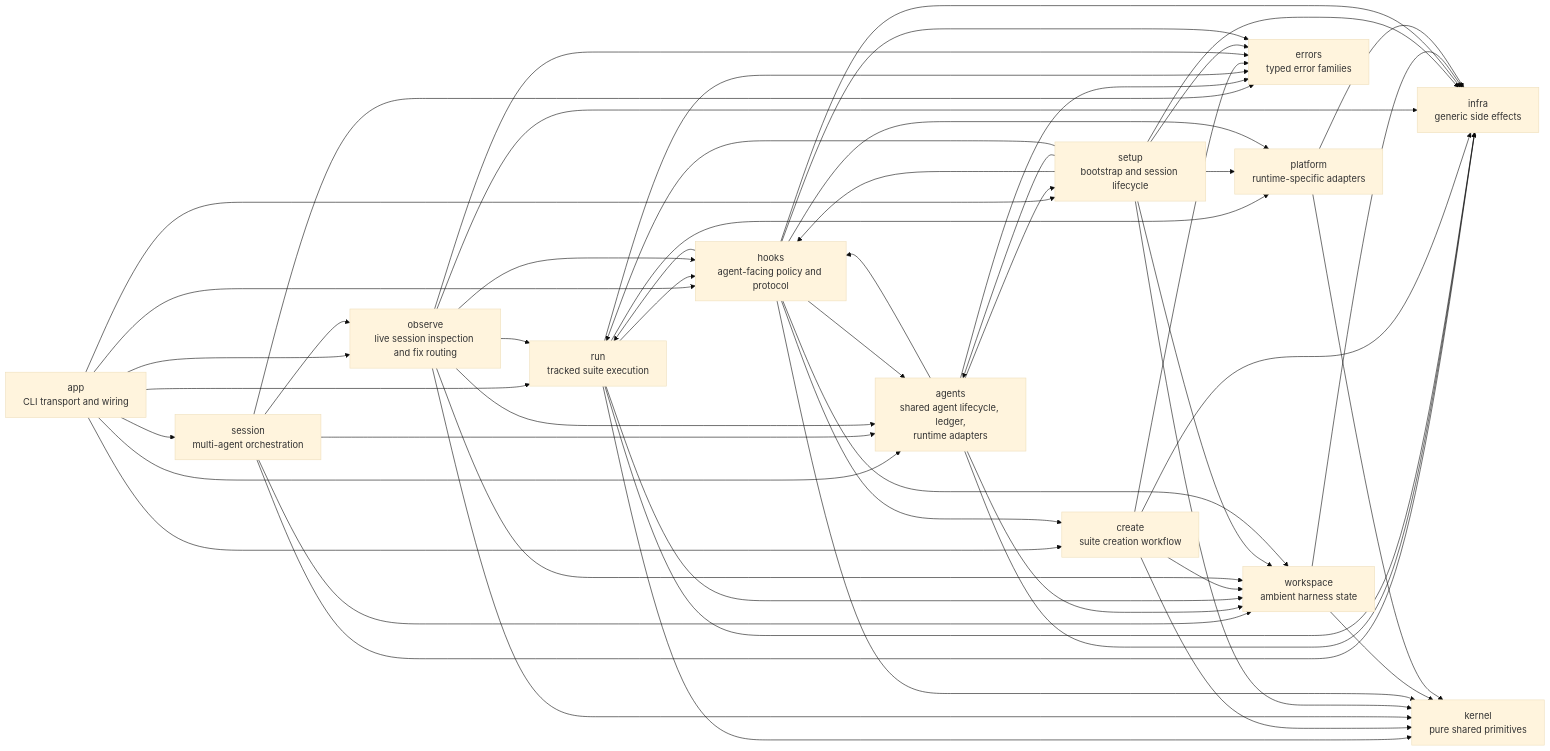
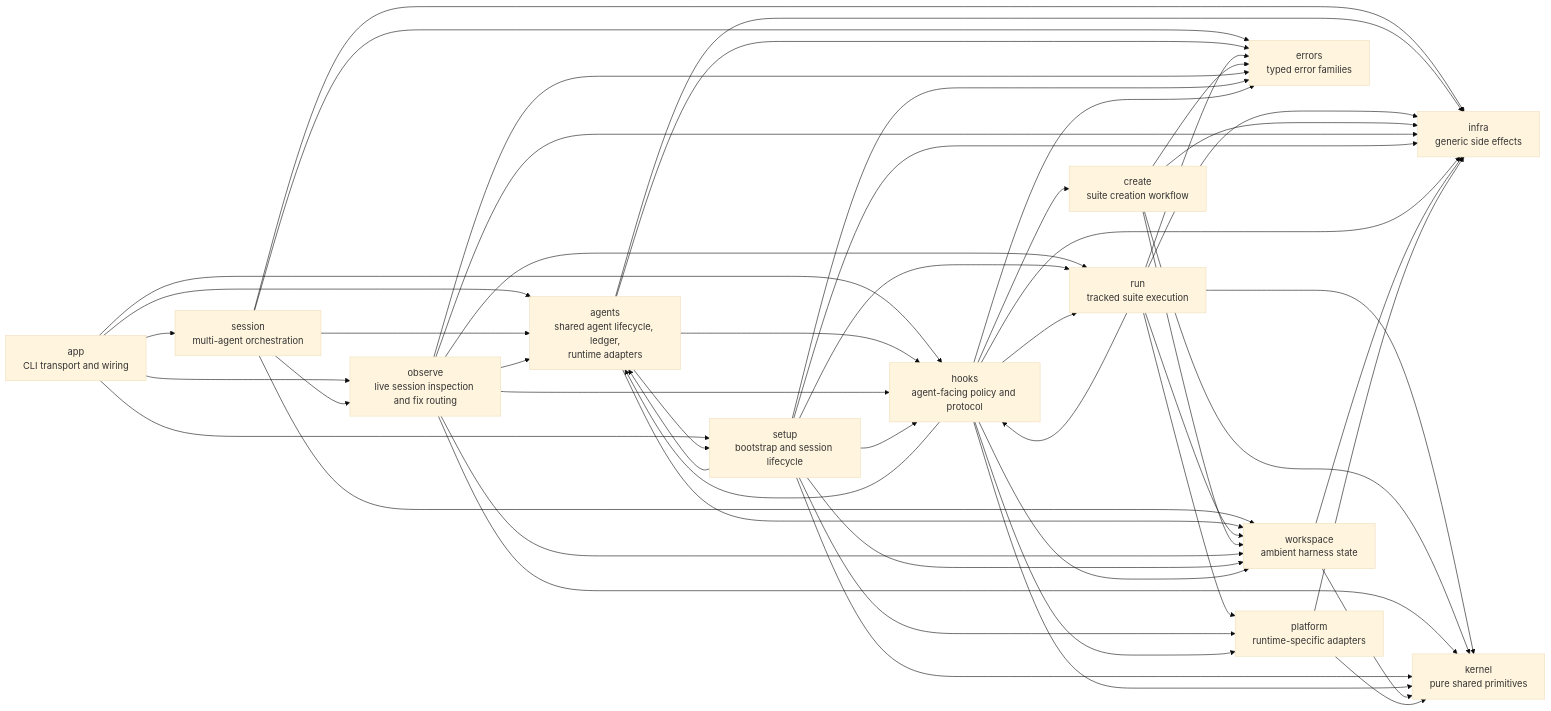
One commit to smykla-skalski/harness changed the first of 3 diagrams in ARCHITECTURE.md. Above: the diagram before and after it, drawn with Mermaid (base theme). The commit also changed other lines of this file and 16 other files, not shown here.

````diff
--- a/ARCHITECTURE.md
+++ b/ARCHITECTURE.md
@@ -9,81 +9,79 @@
 ```mermaid
 flowchart LR
     App["app\nCLI transport and wiring"]
 
     Agents["agents\nshared agent lifecycle, ledger,\nruntime adapters"]
     Session["session\nmulti-agent orchestration"]
     Run["run\ntracked suite execution"]
     Create["create\nsuite creation workflow"]
     Observe["observe\nlive session inspection and fix routing"]
     Setup["setup\nbootstrap and session lifecycle"]
     Hooks["hooks\nagent-facing policy and protocol"]
 
     Kernel["kernel\npure shared primitives"]
     Workspace["workspace\nambient harness state"]
     Platform["platform\nruntime-specific adapters"]
     Infra["infra\ngeneric side effects"]
     Errors["errors\ntyped error families"]
 
-    App --> Run
     App --> Agents
     App --> Session
-    App --> Create
     App --> Observe
     App --> Setup
     App --> Hooks
 
     Session --> Agents
     Session --> Observe
     Session --> Workspace
     Session --> Infra
     Session --> Errors
 
     Agents --> Hooks
     Agents --> Setup
     Agents --> Workspace
     Agents --> Infra
     Agents --> Errors
 
     Run --> Hooks
     Run --> Kernel
     Run --> Workspace
     Run --> Platform
     Run --> Infra
     Run --> Errors
 
     Create --> Kernel
     Create --> Workspace
     Create --> Infra
     Create --> Errors
 
     Observe --> Hooks
     Observe --> Agents
     Observe --> Run
     Observe --> Kernel
     Observe --> Workspace
     Observe --> Infra
     Observe --> Errors
 
     Setup --> Hooks
     Setup --> Agents
     Setup --> Run
     Setup --> Kernel
     Setup --> Workspace
     Setup --> Platform
     Setup --> Infra
     Setup --> Errors
 
     Hooks --> Run
     Hooks --> Create
     Hooks --> Agents
     Hooks --> Platform
     Hooks --> Kernel
     Hooks --> Workspace
     Hooks --> Infra
     Hooks --> Errors
 
     Workspace --> Kernel
     Workspace --> Infra
     Platform --> Kernel
     Platform --> Infra
 ```
````
